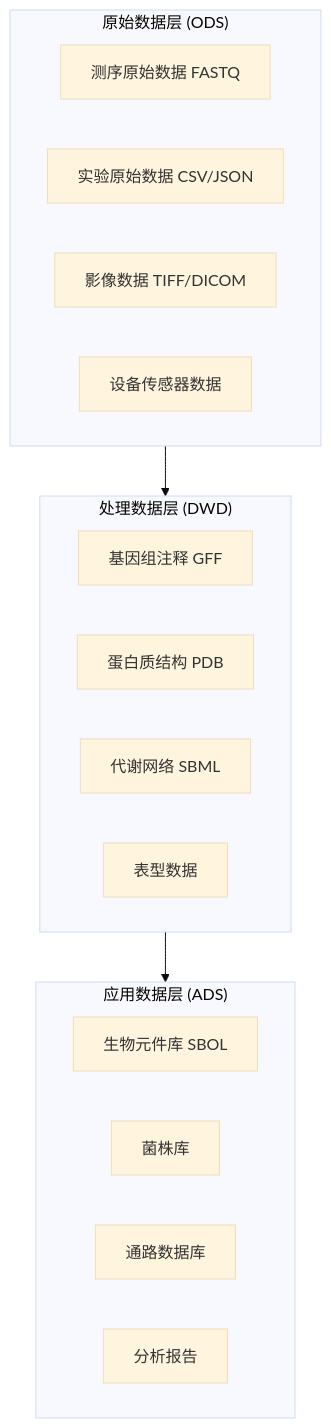
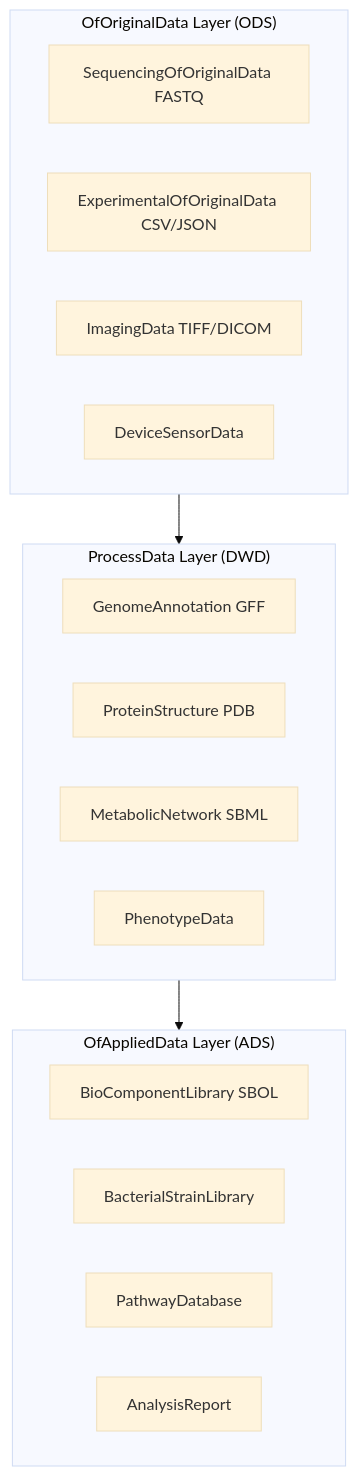
Before and after one commit to teaglebuilt/knowledge-tree: the fourth of 4 diagrams in tree/application/architecture/synthetic-biology.md, drawn with Mermaid (base theme). The commit also changed other lines of this file and 6 other files, not shown here.

````diff
--- a/tree/application/architecture/synthetic-biology.md
+++ b/tree/application/architecture/synthetic-biology.md
@@ -412,25 +412,25 @@
 ```mermaid
 flowchart TB
-    subgraph 原始数据["原始数据层 (ODS)"]
-        SEQ[测序原始数据 FASTQ]
-        EXP[实验原始数据 CSV/JSON]
-        IMG[影像数据 TIFF/DICOM]
-        DEV[设备传感器数据]
+    subgraph OfOriginalData["OfOriginalData Layer (ODS)"]
+        SEQ[SequencingOfOriginalData FASTQ]
+        EXP[ExperimentalOfOriginalData CSV/JSON]
+        IMG[ImagingData TIFF/DICOM]
+        DEV[DeviceSensorData]
     end
 
-    subgraph 处理数据["处理数据层 (DWD)"]
-        ANNO[基因组注释 GFF]
-        STRUCT[蛋白质结构 PDB]
-        META[代谢网络 SBML]
-        PHENO[表型数据]
+    subgraph ProcessData["ProcessData Layer (DWD)"]
+        ANNO[GenomeAnnotation GFF]
+        STRUCT[ProteinStructure PDB]
+        META[MetabolicNetwork SBML]
+        PHENO[PhenotypeData]
     end
 
-    subgraph 应用数据["应用数据层 (ADS)"]
-        ELEMENT[生物元件库 SBOL]
-        STRAIN[菌株库]
-        PATHWAY[通路数据库]
-        REPORT[分析报告]
+    subgraph OfAppliedData["OfAppliedData Layer (ADS)"]
+        ELEMENT[BioComponentLibrary SBOL]
+        STRAIN[BacterialStrainLibrary]
+        PATHWAY[PathwayDatabase]
+        REPORT[AnalysisReport]
     end
 
-    原始数据 --> 处理数据 --> 应用数据
+    OfOriginalData --> ProcessData --> OfAppliedData
 ```
````
